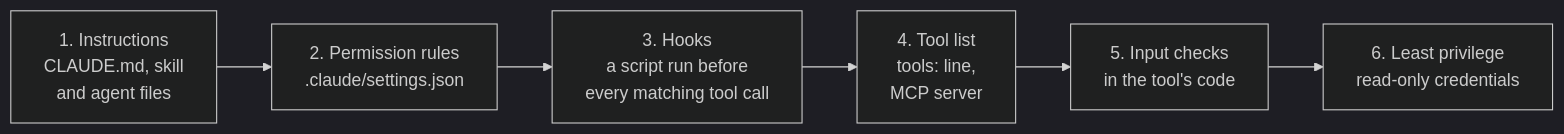
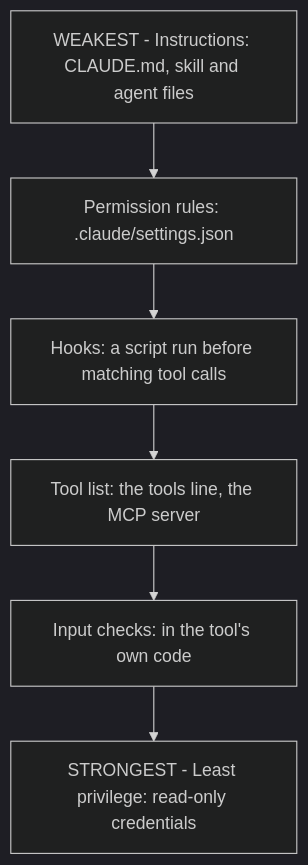
Before and after one commit to iportilla/agents: the tenth of 10 diagrams in docs/INTRO-TO-AGENTS.md, drawn with Mermaid (dark theme). The commit also changed other lines of this file, not shown here.

First line of the commit message:
Make the intro guide's diagrams readable in Typora

````diff
--- a/docs/INTRO-TO-AGENTS.md
+++ b/docs/INTRO-TO-AGENTS.md
@@ -342,8 +336,8 @@
 ```mermaid
-flowchart LR
-    I["1. Instructions<br/>CLAUDE.md, skill<br/>and agent files"] --> P["2. Permission rules<br/>.claude/settings.json"]
-    P --> H["3. Hooks<br/>a script run before<br/>every matching tool call"]
-    H --> T["4. Tool list<br/>tools: line,<br/>MCP server"]
-    T --> C["5. Input checks<br/>in the tool's code"]
-    C --> LP["6. Least privilege<br/>read-only credentials"]
+flowchart TD
+    I["WEAKEST - Instructions: CLAUDE.md, skill and agent files"] --> P["Permission rules: .claude/settings.json"]
+    P --> H["Hooks: a script run before matching tool calls"]
+    H --> T["Tool list: the tools line, the MCP server"]
+    T --> C["Input checks: in the tool's own code"]
+    C --> LP["STRONGEST - Least privilege: read-only credentials"]
 ```
````
